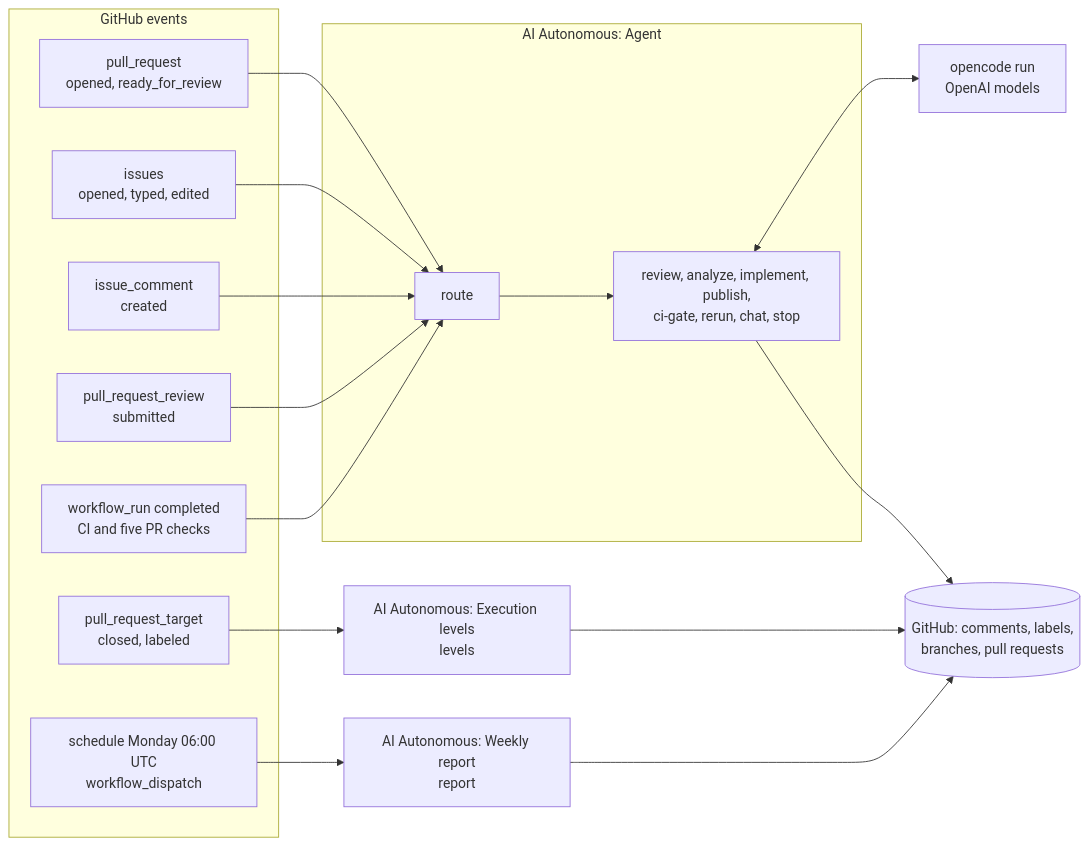
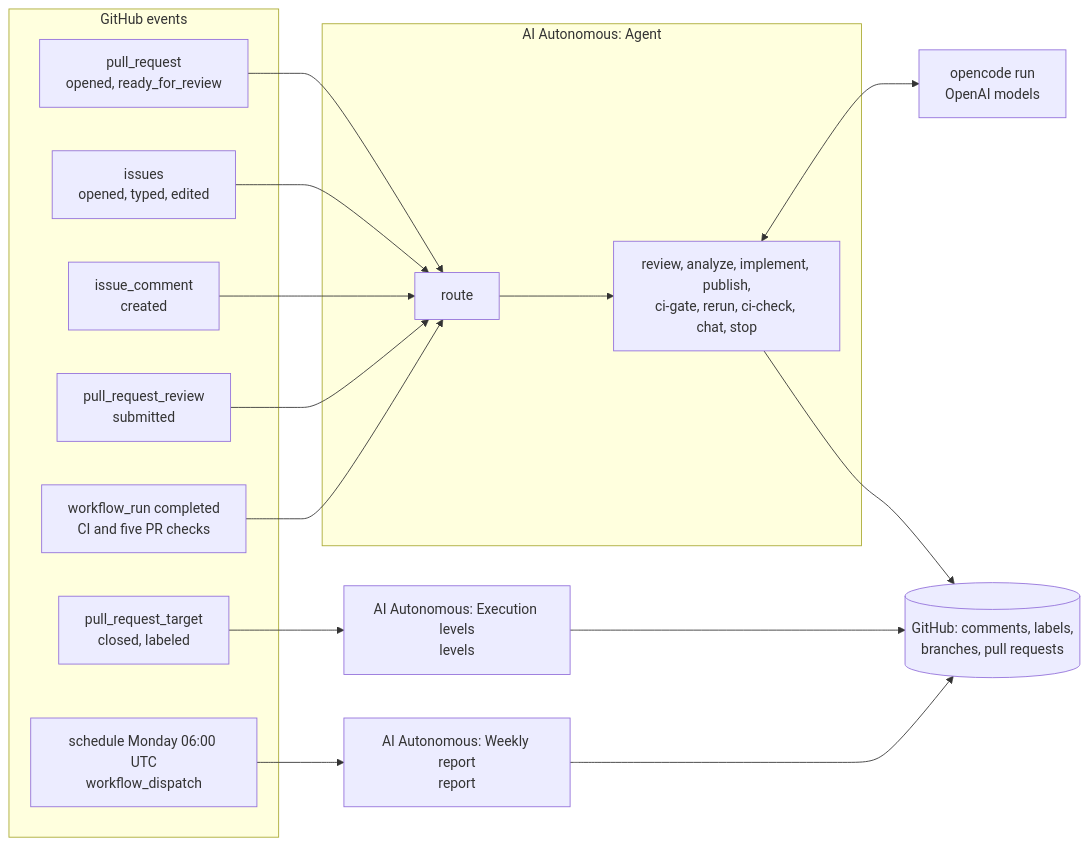
The first of 11 diagrams in docs/internal/autonomous-agent/architecture.md (Netcracker/qubership-apihub), drawn with Mermaid before and after one commit. The commit also changed other lines of this file and 20 other files, not shown here.

````diff
--- a/docs/internal/autonomous-agent/architecture.md
+++ b/docs/internal/autonomous-agent/architecture.md
@@ -30,30 +30,30 @@
 ```mermaid
 flowchart LR
   subgraph events["GitHub events"]
     PR["pull_request<br/>opened, ready_for_review"]
     IS["issues<br/>opened, typed, edited"]
     IC["issue_comment<br/>created"]
     PRR["pull_request_review<br/>submitted"]
     WR["workflow_run completed<br/>CI and five PR checks"]
     PRT["pull_request_target<br/>closed, labeled"]
     CRON["schedule Monday 06:00 UTC<br/>workflow_dispatch"]
   end
   subgraph agentwf["AI Autonomous: Agent"]
     ROUTE["route"]
-    JOBS["review, analyze, implement, publish,<br/>ci-gate, rerun, chat, stop"]
+    JOBS["review, analyze, implement, publish,<br/>ci-gate, rerun, ci-check, chat, stop"]
   end
   LEVELS["AI Autonomous: Execution levels<br/>levels"]
   REPORT["AI Autonomous: Weekly report<br/>report"]
   PR --> ROUTE
   IS --> ROUTE
   IC --> ROUTE
   PRR --> ROUTE
   WR --> ROUTE
   ROUTE --> JOBS
   PRT --> LEVELS
   CRON --> REPORT
   JOBS --> GH[("GitHub: comments, labels,<br/>branches, pull requests")]
   LEVELS --> GH
   REPORT --> GH
   JOBS <--> OC["opencode run<br/>OpenAI models"]
 ```
````
